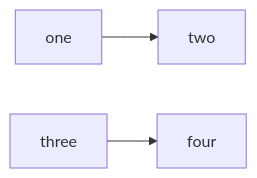
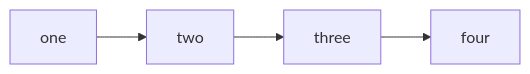
Before and after one commit to AlexMercedCoder/my-notes: the diagram in readme.md, drawn with Mermaid.

````diff
--- a/readme.md
+++ b/readme.md
@@ -13,7 +13,8 @@
 ```mermaid
 flowchart LR
     one --> two
+    two --> three
     three --> four
 
 
 ```
````
